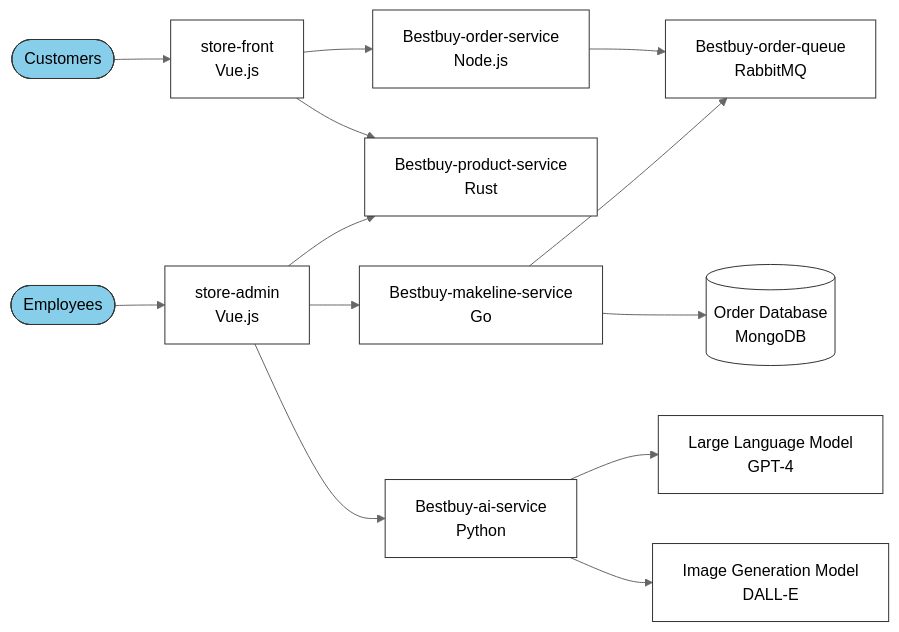
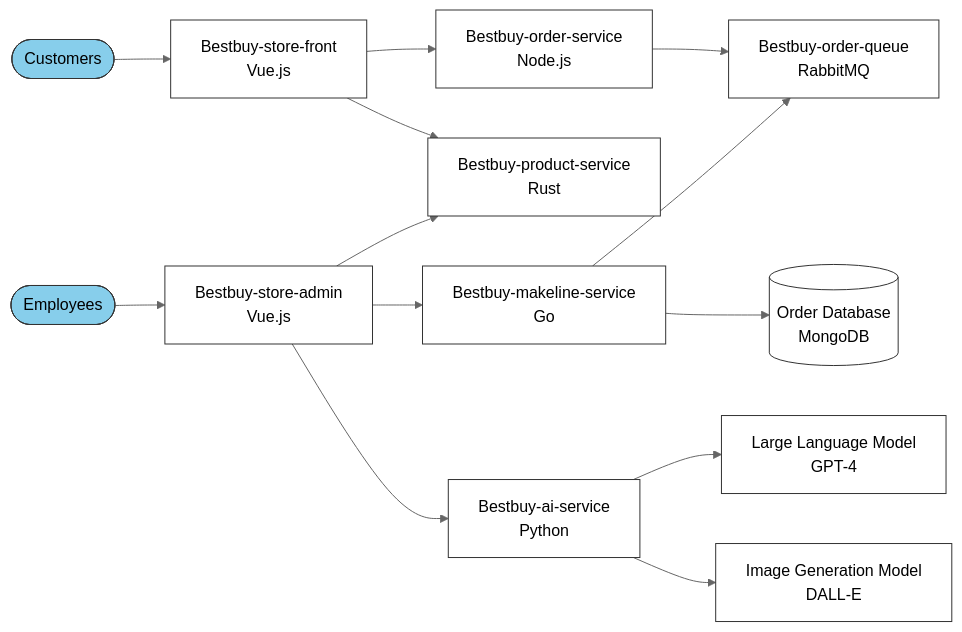
Before and after one commit to meinai-otoko/Assignment2-Full-Stack: the diagram in README.MD, drawn with Mermaid (neutral theme).

````diff
--- a/README.MD
+++ b/README.MD
@@ -5,32 +5,32 @@
 ```mermaid
 graph LR
-    A([Customers]) --> B[store-front<br>Vue.js]
-    E([Employees]) --> F[store-admin<br>Vue.js]
+    A([Customers]) --> B[Bestbuy-store-front<br>Vue.js]
+    E([Employees]) --> F[Bestbuy-store-admin<br>Vue.js]
     
     B --> C[Bestbuy-order-service<br>Node.js]
     B --> D[Bestbuy-product-service<br>Rust]
     
     F --> D
     F --> G[Bestbuy-makeline-service<br>Go]
     F --> H[Bestbuy-ai-service<br>Python]
     
     C --> I[Bestbuy-order-queue<br>RabbitMQ]
     G --> I
     
     G --> J[(Order Database<br>MongoDB)]
     
     H --> K[Large Language Model<br>GPT-4]
     H --> L[Image Generation Model<br>DALL-E]
 
     classDef users fill:#87CEEB,stroke:#333
     classDef services fill:#fff,stroke:#333
     classDef queue fill:#fff,stroke:#333
     classDef database fill:#fff,stroke:#333
     classDef external fill:#fff,stroke:#333
 
     class A,E users
     class B,C,D,F,G,H services
     class I queue
     class J database
     class K,L external
 ```
````
